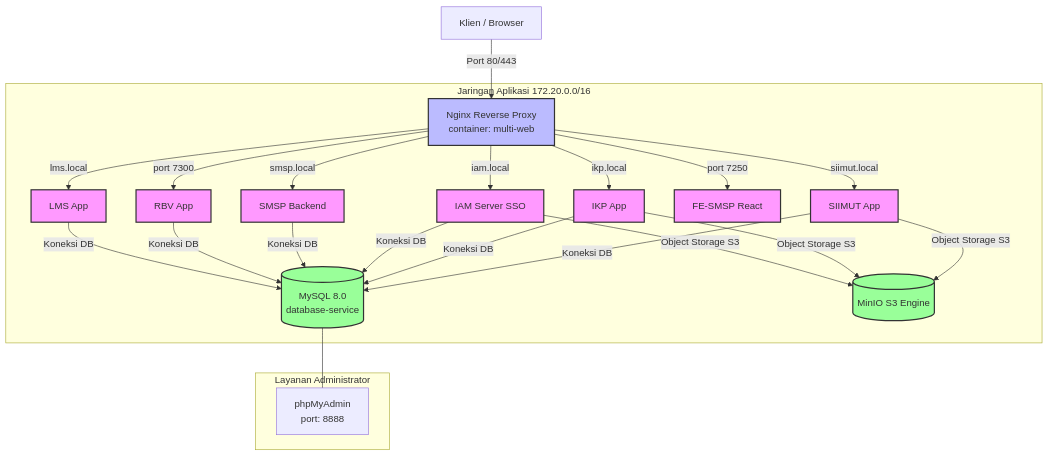
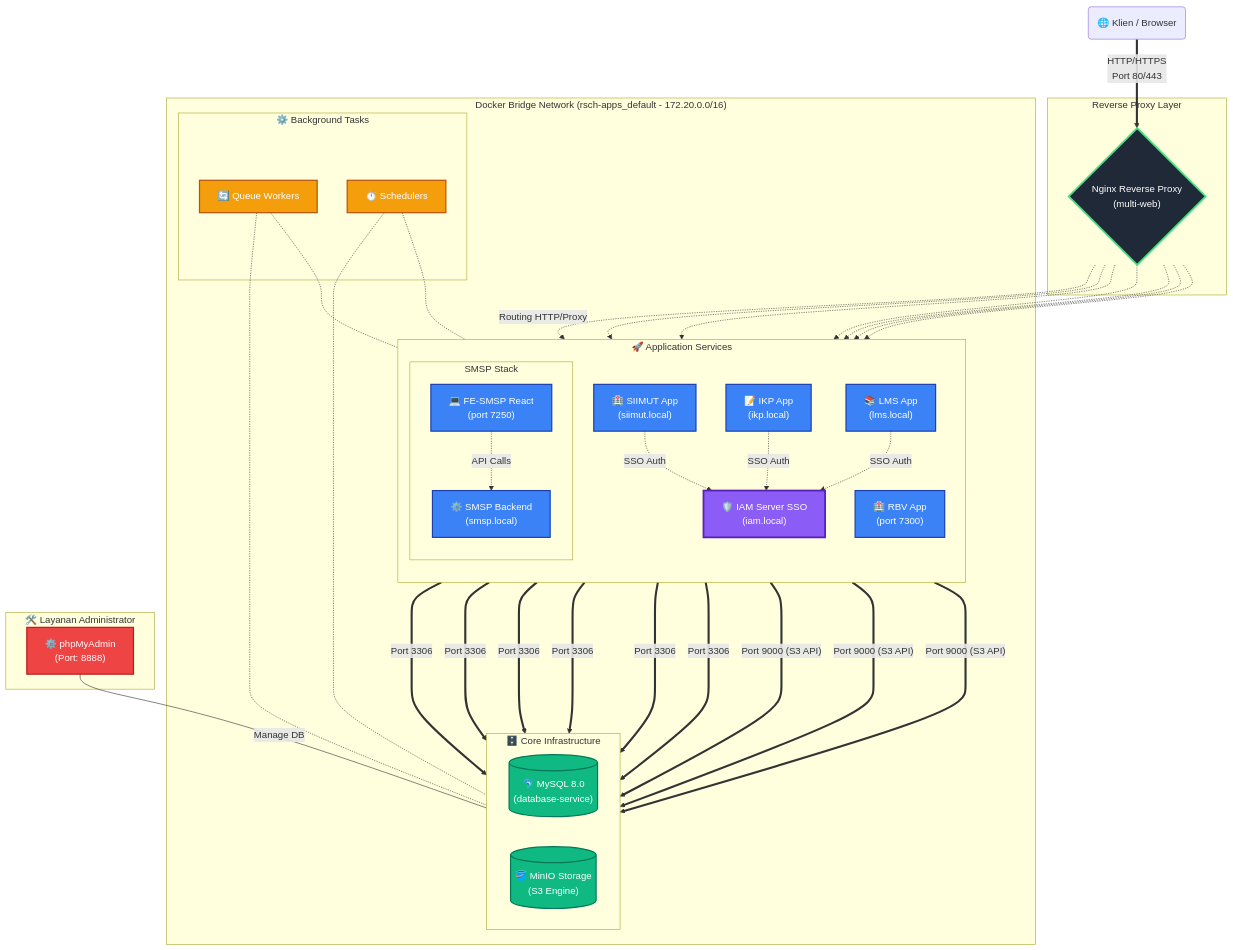
Before and after one commit to juniyasyos/setup-apps-docker: the diagram in README.md, drawn with Mermaid.

Commit message:
update: Readme.md for mermaid graph

````diff
--- a/README.md
+++ b/README.md
@@ -17,37 +17,85 @@
 ```mermaid
-graph TD
-    Client["Klien / Browser"] -->|"Port 80/443"| Nginx["Nginx Reverse Proxy<br/>container: multi-web"]
-
-    subgraph NET["Jaringan Aplikasi 172.20.0.0/16"]
-        Nginx -->|"siimut.local"| SIIMUT["SIIMUT App"]
-        Nginx -->|"iam.local"| IAM["IAM Server SSO"]
-        Nginx -->|"ikp.local"| IKP["IKP App"]
-        Nginx -->|"lms.local"| LMS["LMS App"]
-        Nginx -->|"smsp.local"| SMSP["SMSP Backend"]
-        Nginx -->|"port 7250"| FESMSP["FE-SMSP React"]
-        Nginx -->|"port 7300"| RBV["RBV App"]
-
-        SIIMUT -->|"Koneksi DB"| MySQL[("MySQL 8.0<br/>database-service")]
-        IKP -->|"Koneksi DB"| MySQL
-        IAM -->|"Koneksi DB"| MySQL
-        SMSP -->|"Koneksi DB"| MySQL
-        RBV -->|"Koneksi DB"| MySQL
-        LMS -->|"Koneksi DB"| MySQL
-
-        SIIMUT -->|"Object Storage S3"| MinIO[("MinIO S3 Engine")]
-        IKP -->|"Object Storage S3"| MinIO
-        IAM -->|"Object Storage S3"| MinIO
+flowchart TB
+    Client("🌐 Klien / Browser")
+    
+    subgraph Proxy["Reverse Proxy Layer"]
+        Nginx{"Nginx Reverse Proxy<br/>(multi-web)"}
     end
 
-    subgraph ADMIN["Layanan Administrator"]
-        MySQL --- phpMyAdmin["phpMyAdmin<br/>port: 8888"]
+    subgraph Network["Docker Bridge Network (rsch-apps_default - 172.20.0.0/16)"]
+        
+        subgraph Apps["🚀 Application Services"]
+            direction TB
+            IAM["🛡️ IAM Server SSO<br/>(iam.local)"]
+            SIIMUT["🏥 SIIMUT App<br/>(siimut.local)"]
+            IKP["📝 IKP App<br/>(ikp.local)"]
+            LMS["📚 LMS App<br/>(lms.local)"]
+            RBV["🏥 RBV App<br/>(port 7300)"]
+            
+            subgraph SMSP_Stack["SMSP Stack"]
+                FESMSP["💻 FE-SMSP React<br/>(port 7250)"]
+                SMSP["⚙️ SMSP Backend<br/>(smsp.local)"]
+            end
+        end
+
+        subgraph Background["⚙️ Background Tasks"]
+            Queue["🔄 Queue Workers"]
+            Cron["⏱️ Schedulers"]
+        end
+
+        subgraph Infra["🗄️ Core Infrastructure"]
+            direction LR
+            MySQL[("🐬 MySQL 8.0<br/>(database-service)")]
+            MinIO[("🪣 MinIO Storage<br/>(S3 Engine)")]
+        end
     end
 
-    classDef appNode fill:#f9f,stroke:#333,stroke-width:2px;
-    classDef dbNode fill:#9f9,stroke:#333,stroke-width:2px;
-    classDef proxyNode fill:#bbf,stroke:#333,stroke-width:2px;
+    subgraph Admin["🛠️ Layanan Administrator"]
+        PMA["⚙️ phpMyAdmin<br/>(Port: 8888)"]
+    end
 
-    class SIIMUT,IKP,IAM,LMS,SMSP,FESMSP,RBV appNode;
+    %% Routing / Ingress
+    Client == "HTTP/HTTPS<br/>Port 80/443" ==> Nginx
+    
+    Nginx -.->|"Routing HTTP/Proxy"| SIIMUT
+    Nginx -.-> IKP
+    Nginx -.-> LMS
+    Nginx -.-> RBV
+    Nginx -.-> IAM
+    Nginx -.-> SMSP
+    Nginx -.-> FESMSP
+
+    %% Frontend to Backend API
+    FESMSP -.->|"API Calls"| SMSP
+
+    %% SSO Connections (IAM)
+    SIIMUT & IKP & LMS -.->|"SSO Auth"| IAM
+
+    %% Database Connections
+    SIIMUT & IKP & LMS & RBV & SMSP & IAM ===>|"Port 3306"| MySQL
+    
+    %% S3 Connections
+    SIIMUT & IKP & IAM ===>|"Port 9000 (S3 API)"| MinIO
+    
+    %% Background tasks
+    Queue & Cron -.- Apps
+    Queue & Cron -.- MySQL
+    
+    %% Admin Panels
+    PMA ---|"Manage DB"| MySQL
+
+    %% Styling
+    classDef proxyLayer fill:#1f2937,stroke:#4ade80,stroke-width:3px,color:#fff;
+    classDef appNode fill:#3b82f6,stroke:#1e40af,stroke-width:2px,color:#fff;
+    classDef dbNode fill:#10b981,stroke:#047857,stroke-width:2px,color:#fff;
+    classDef ssoNode fill:#8b5cf6,stroke:#5b21b6,stroke-width:3px,color:#fff;
+    classDef bgNode fill:#f59e0b,stroke:#b45309,stroke-width:2px,color:#fff;
+    classDef adminNode fill:#ef4444,stroke:#b91c1c,stroke-width:2px,color:#fff;
+
+    class Nginx proxyLayer;
+    class SIIMUT,IKP,LMS,SMSP,FESMSP,RBV appNode;
+    class IAM ssoNode;
     class MySQL,MinIO dbNode;
-    class Nginx proxyNode;
+    class Queue,Cron bgNode;
+    class PMA adminNode;
 ```
````
